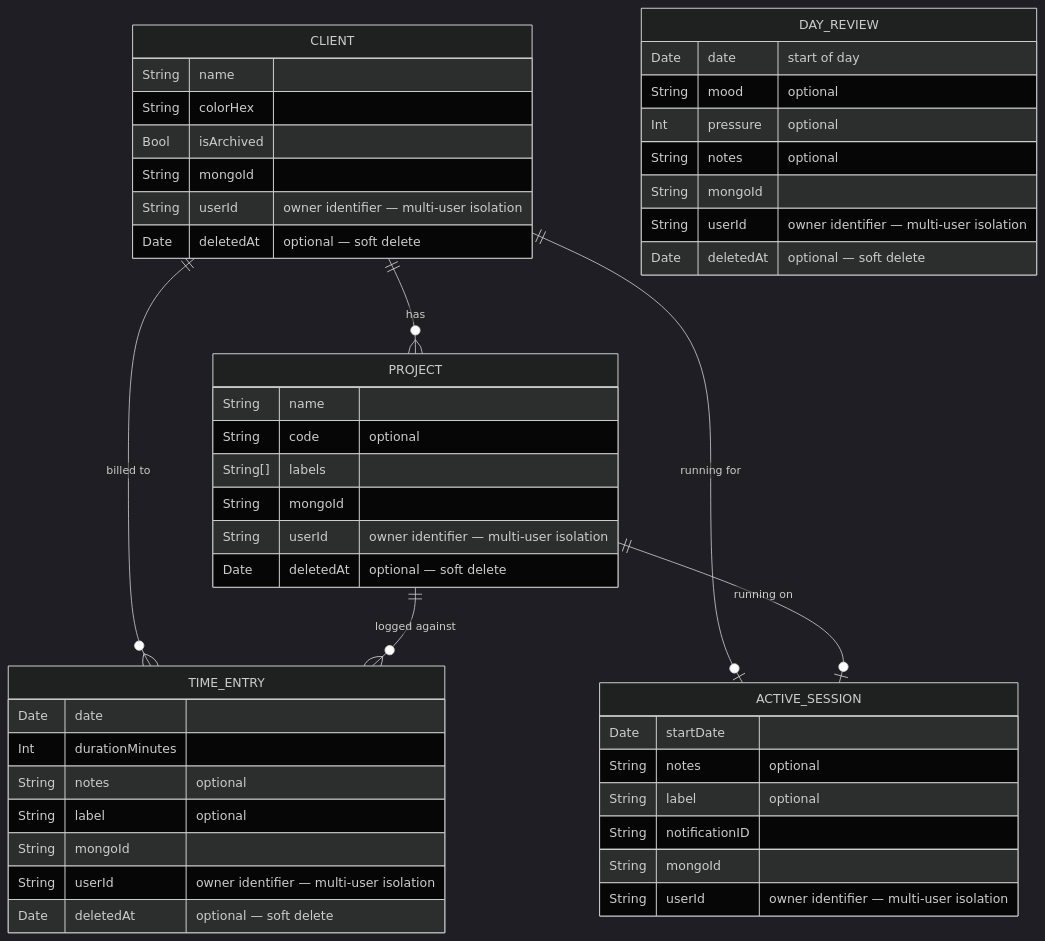
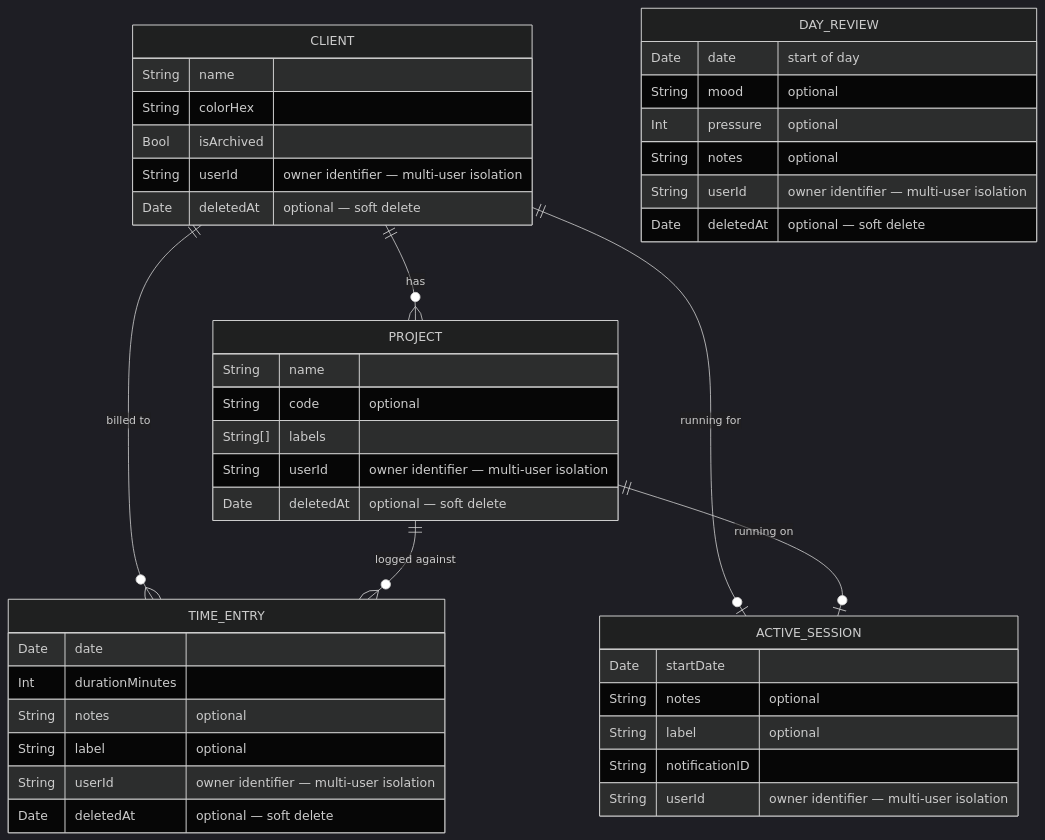
One commit to AlbertoBarrago/Timelog changed the first of 2 diagrams in docs/02-data-model.md. Above: the diagram before and after it, drawn with Mermaid (dark theme). The commit also changed other lines of this file and 66 other files, not shown here.

````diff
--- a/docs/02-data-model.md
+++ b/docs/02-data-model.md
@@ -5,51 +5,46 @@
 ```mermaid
 erDiagram
     CLIENT {
         String  name
         String  colorHex
         Bool    isArchived
-        String  mongoId
         String  userId      "owner identifier — multi-user isolation"
         Date    deletedAt   "optional — soft delete"
     }
     PROJECT {
         String     name
         String     code        "optional"
         String[]   labels
-        String     mongoId
         String     userId      "owner identifier — multi-user isolation"
         Date       deletedAt   "optional — soft delete"
     }
     TIME_ENTRY {
         Date    date
         Int     durationMinutes
         String  notes       "optional"
         String  label       "optional"
-        String  mongoId
         String  userId      "owner identifier — multi-user isolation"
         Date    deletedAt   "optional — soft delete"
     }
     ACTIVE_SESSION {
         Date    startDate
         String  notes       "optional"
         String  label       "optional"
         String  notificationID
-        String  mongoId
         String  userId      "owner identifier — multi-user isolation"
     }
     DAY_REVIEW {
         Date    date        "start of day"
         String  mood        "optional"
         Int     pressure    "optional"
         String  notes       "optional"
-        String  mongoId
         String  userId      "owner identifier — multi-user isolation"
         Date    deletedAt   "optional — soft delete"
     }
 
     CLIENT ||--o{ PROJECT       : "has"
     CLIENT ||--o{ TIME_ENTRY    : "billed to"
     CLIENT ||--o| ACTIVE_SESSION : "running for"
     PROJECT ||--o{ TIME_ENTRY   : "logged against"
     PROJECT ||--o| ACTIVE_SESSION : "running on"
 ```
````
